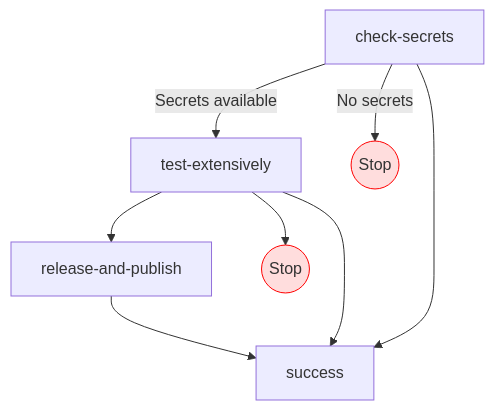
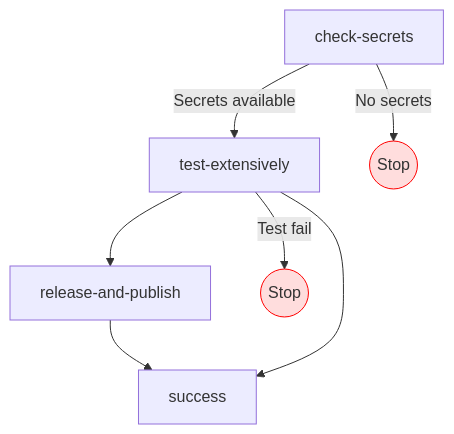
One commit to mini-roostico/subjekt-doc changed the first of 3 diagrams in Writerside/topics/DevOps.md. Above: the diagram before and after it, drawn with Mermaid. The commit also changed other lines of this file, not shown here.

````diff
--- a/Writerside/topics/DevOps.md
+++ b/Writerside/topics/DevOps.md
@@ -28,15 +28,14 @@
 ```mermaid
 graph TD;
   check-secrets -->|Secrets available| test-extensively;
   check-secrets -->|No secrets| stop1((Stop));
   
   test-extensively --> release-and-publish;
-  test-extensively --> stop2((Stop))
+  test-extensively --> |Test fail| stop2((Stop))
   
   release-and-publish --> success;
-  check-secrets --> success;
   test-extensively --> success;
   
   style stop1 fill:#fdd,stroke:#f00;
   style stop2 fill:#fdd,stroke:#f00;
 ```
````
